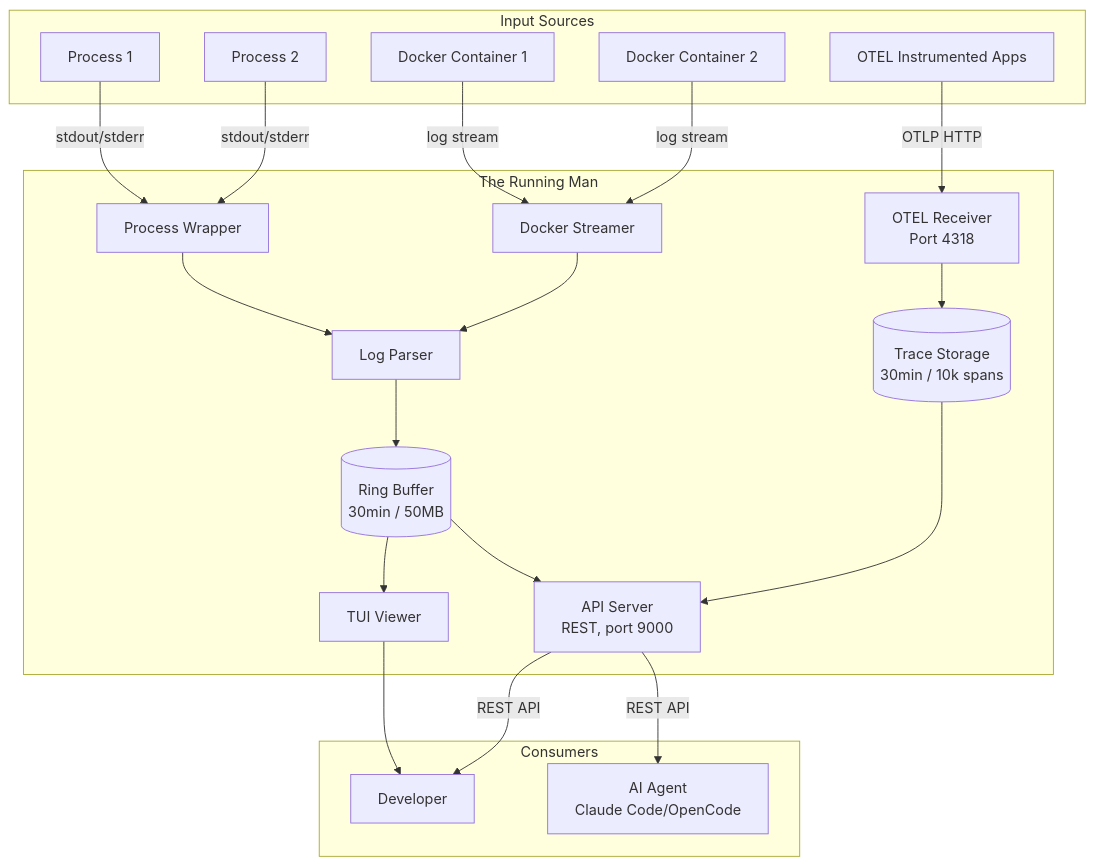
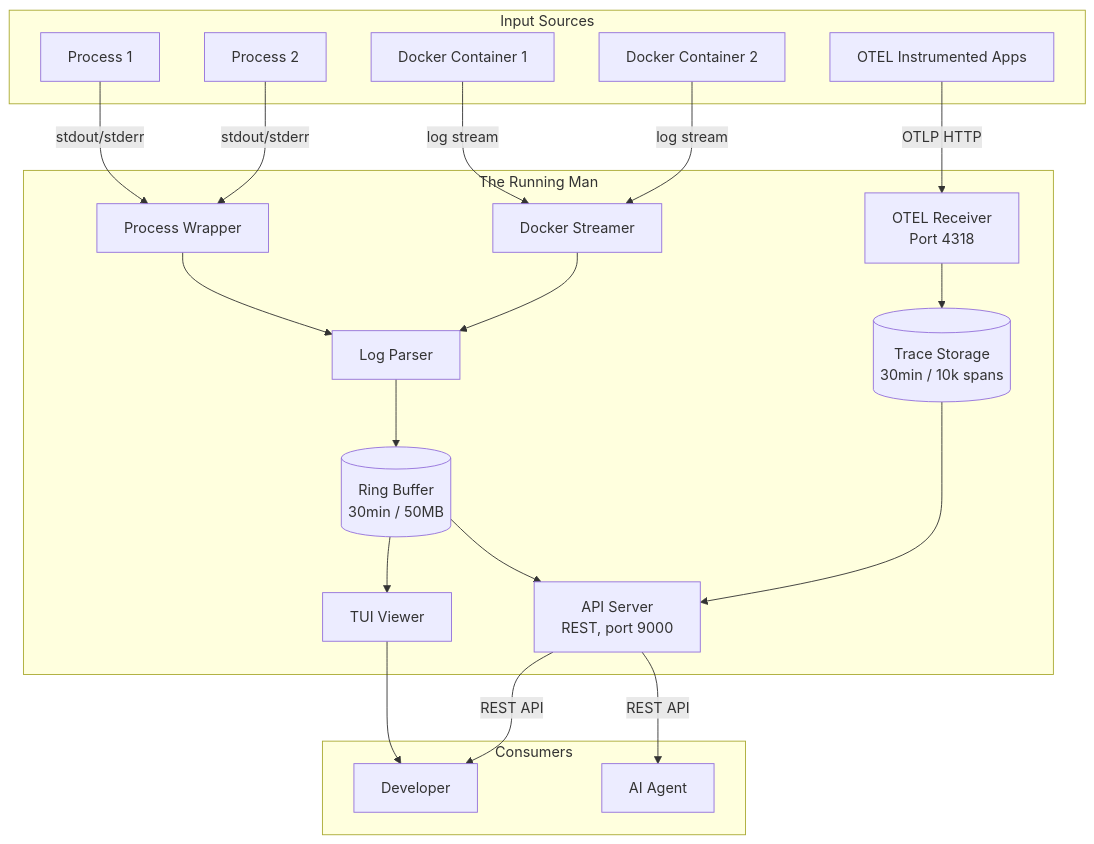
Before and after one commit to elbeanio/the_running_man: the diagram in docs/architecture.md, drawn with Mermaid. The commit also changed 9 other files, not shown here.

First line of the commit message:
Move the skill to skills/, install by symlink, drop OpenCode opinions (#27)

````diff
--- a/docs/architecture.md
+++ b/docs/architecture.md
@@ -5,44 +5,44 @@
 ```mermaid
 graph TB
     subgraph "Input Sources"
         P1[Process 1]
         P2[Process 2]
         D1[Docker Container 1]
         D2[Docker Container 2]
         OTEL[OTEL Instrumented Apps]
     end
     
     subgraph "The Running Man"
         PW[Process Wrapper]
         DS[Docker Streamer]
         OTEL_REC[OTEL Receiver<br/>Port 4318]
         PARSER[Log Parser]
         BUFFER[(Ring Buffer<br/>30min / 50MB)]
         TRACE_STORE[(Trace Storage<br/>30min / 10k spans)]
         API[API Server<br/>REST, port 9000]
         TUI[TUI Viewer]
         
         P1 -->|stdout/stderr| PW
         P2 -->|stdout/stderr| PW
         D1 -->|log stream| DS
         D2 -->|log stream| DS
         OTEL -->|OTLP HTTP| OTEL_REC
         
         PW --> PARSER
         DS --> PARSER
         PARSER --> BUFFER
         OTEL_REC --> TRACE_STORE
         BUFFER --> API
         TRACE_STORE --> API
         BUFFER --> TUI
     end
     
     subgraph "Consumers"
-        AGENT[AI Agent<br/>Claude Code/OpenCode]
+        AGENT[AI Agent]
         USER[Developer]
         
         API -->|REST API| AGENT
         API -->|REST API| USER
         TUI --> USER
     end
 ```
````
